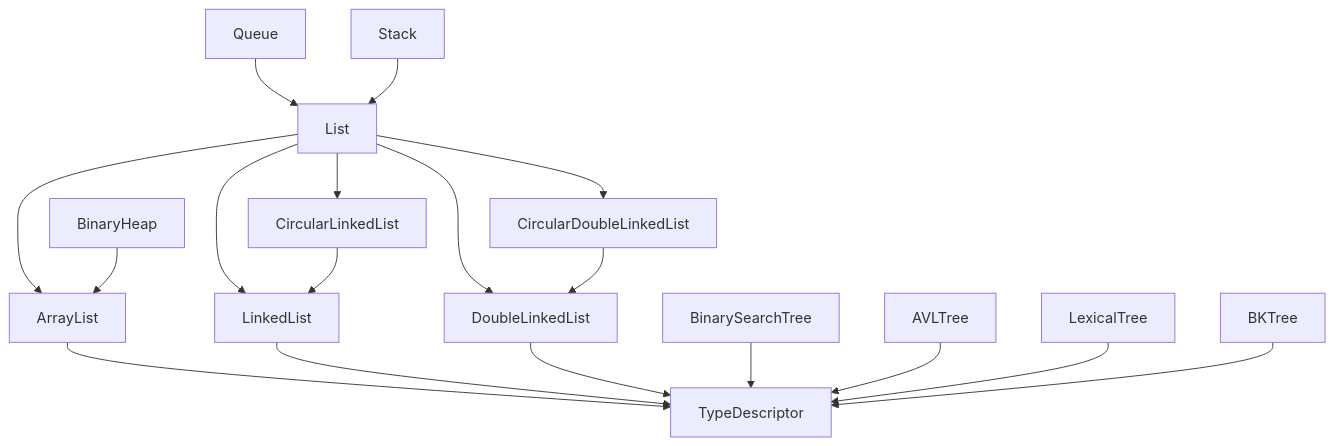
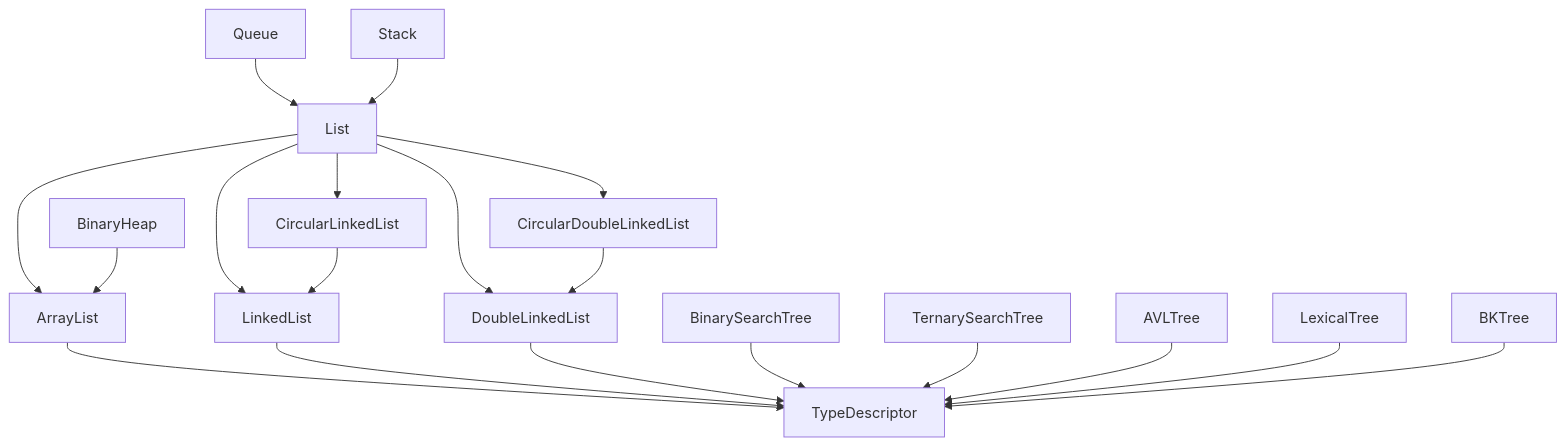
One commit to 4nt0ineB/MyLittleCLibrary changed the first of 2 diagrams in docs/implementation.md. Above: the diagram before and after it, drawn with Mermaid. The commit also changed 10 other files, not shown here.

````diff
--- a/docs/implementation.md
+++ b/docs/implementation.md
@@ -26,23 +26,24 @@
 ```mermaid
 flowchart  TB
 	 
 	ArrayList --> TypeDescriptor
 	LinkedList --> TypeDescriptor
 	DoubleLinkedList --> TypeDescriptor
 	
 	List --> ArrayList
 	List --> LinkedList 
 	List --> CircularLinkedList --> LinkedList
 	List --> DoubleLinkedList 
 	List --> CircularDoubleLinkedList --> DoubleLinkedList
 	
 	BinaryHeap --> ArrayList
 	Queue --> List
 	Stack --> List
 	
 	BinarySearchTree --> TypeDescriptor
+	TernarySearchTree --> TypeDescriptor
 	AVLTree --> TypeDescriptor
 	LexicalTree --> TypeDescriptor
 	BKTree --> TypeDescriptor
 	
 ```
````
